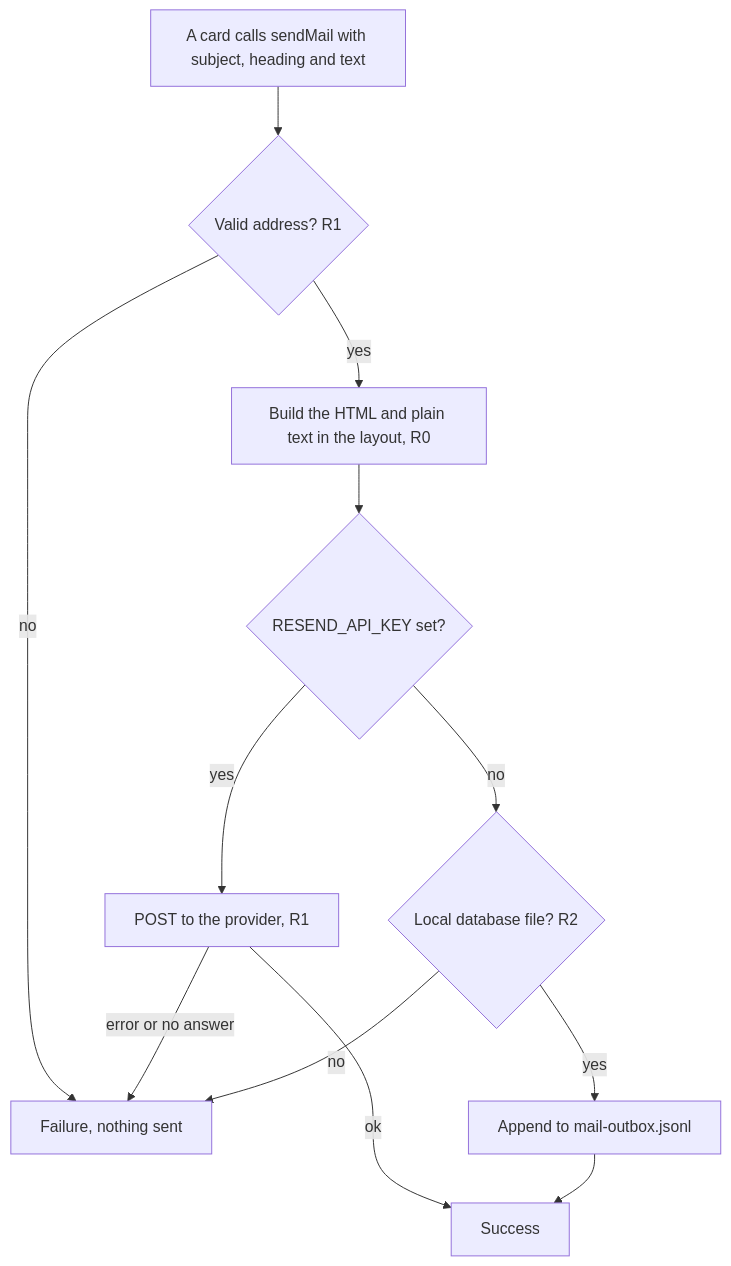
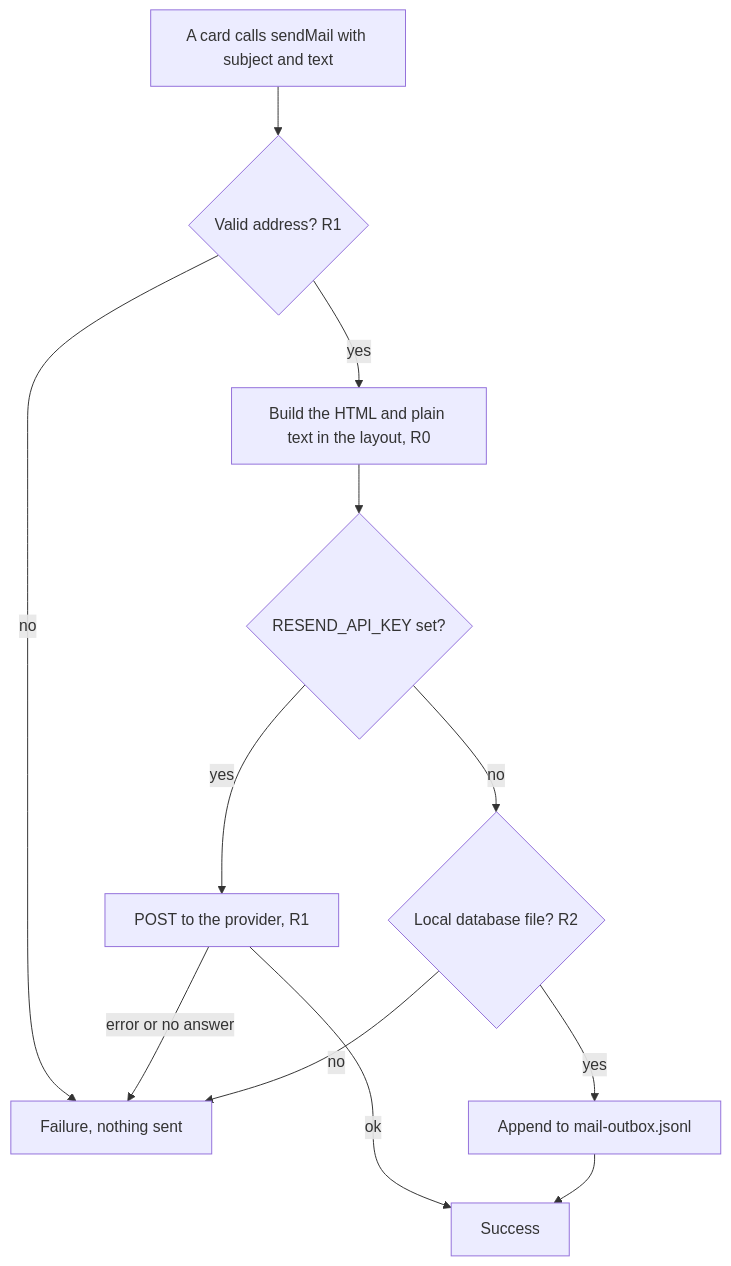
One commit to gustavnymoen/Muppbarnen changed the diagram in specs/TECH-017-sending-email/flow.mmd. Above: the diagram before and after it, drawn with Mermaid. The commit also changed 14 other files, not shown here.

```diff
--- a/specs/TECH-017-sending-email/flow.mmd
+++ b/specs/TECH-017-sending-email/flow.mmd
@@ -1,13 +1,13 @@
 %% TECH-017 Sending email
 %% What sendMail does with a mail. Steps are labelled with requirement IDs.
 flowchart TD
-    A[A card calls sendMail with subject, heading and text] --> B{Valid address? R1}
+    A[A card calls sendMail with subject and text] --> B{Valid address? R1}
     B -- no --> F[Failure, nothing sent]
     B -- yes --> C[Build the HTML and plain text in the layout, R0]
     C --> D{RESEND_API_KEY set?}
     D -- yes --> E[POST to the provider, R1]
     E -- ok --> OK[Success]
     E -- error or no answer --> F
     D -- no --> G{Local database file? R2}
     G -- yes --> H[Append to mail-outbox.jsonl] --> OK
     G -- no --> F
```
